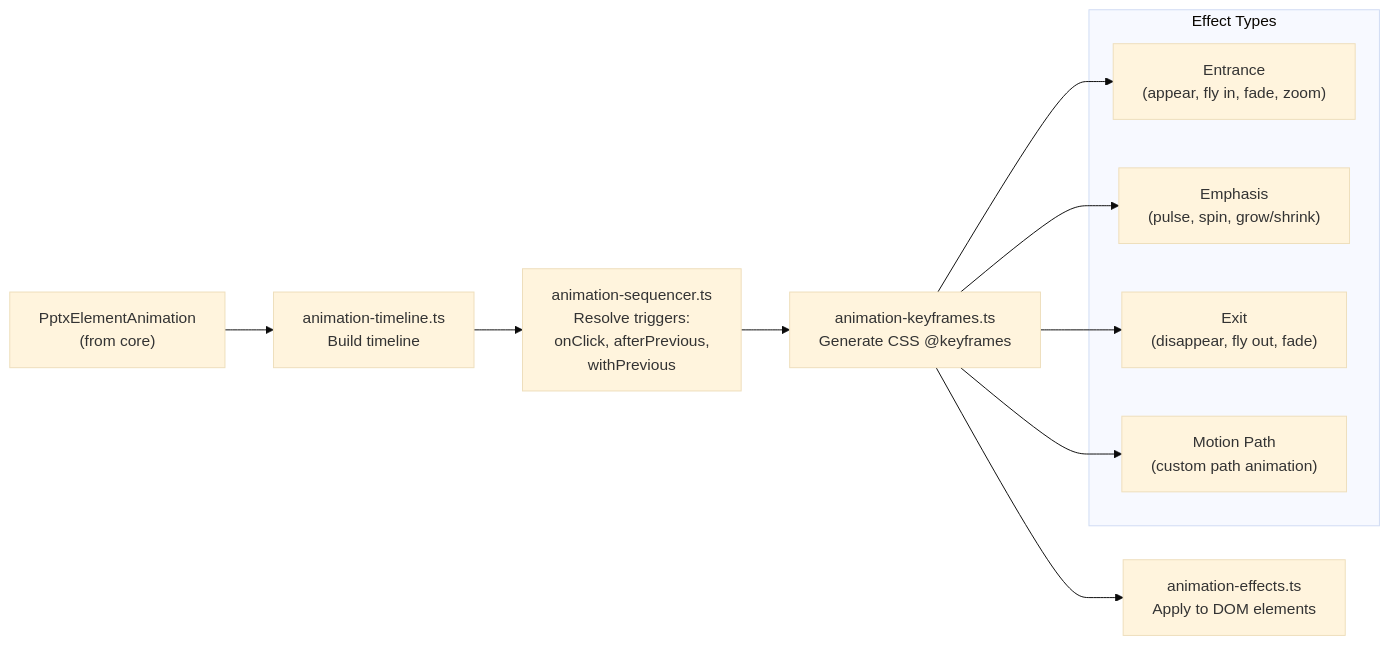
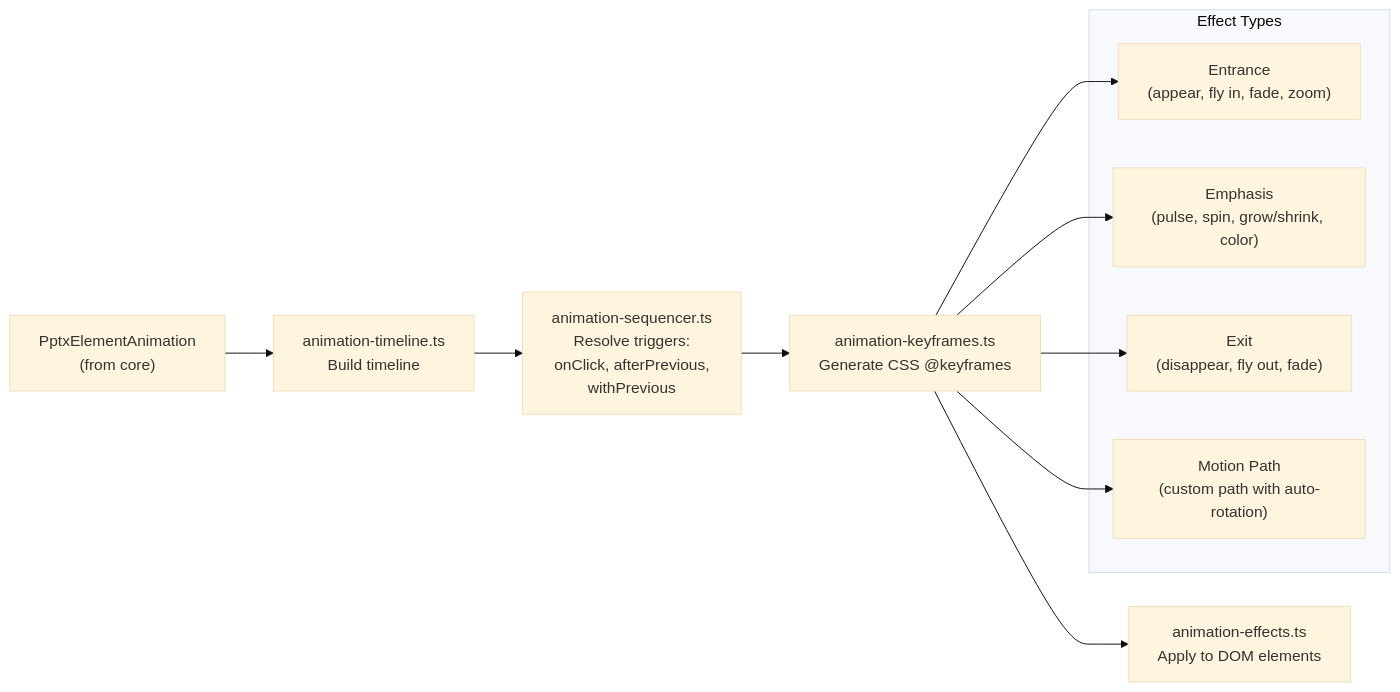
One commit to ChristopherVR/pptx-viewer changed the sixth of 8 diagrams in packages/react/README.md. Above: the diagram before and after it, drawn with Mermaid (base theme). The commit also changed other lines of this file and 21 other files, not shown here.

````diff
--- a/packages/react/README.md
+++ b/packages/react/README.md
@@ -608,19 +633,19 @@
 ```mermaid
 flowchart LR
     A["PptxElementAnimation<br/>(from core)"] --> B["animation-timeline.ts<br/>Build timeline"]
     B --> C["animation-sequencer.ts<br/>Resolve triggers:<br/>onClick, afterPrevious,<br/>withPrevious"]
     C --> D["animation-keyframes.ts<br/>Generate CSS @keyframes"]
     D --> E["animation-effects.ts<br/>Apply to DOM elements"]
 
     subgraph "Effect Types"
         F["Entrance<br/>(appear, fly in, fade, zoom)"]
-        G["Emphasis<br/>(pulse, spin, grow/shrink)"]
+        G["Emphasis<br/>(pulse, spin, grow/shrink, color)"]
         H["Exit<br/>(disappear, fly out, fade)"]
-        I["Motion Path<br/>(custom path animation)"]
+        I["Motion Path<br/>(custom path with auto-rotation)"]
     end
 
     D --> F
     D --> G
     D --> H
     D --> I
 ```
````
